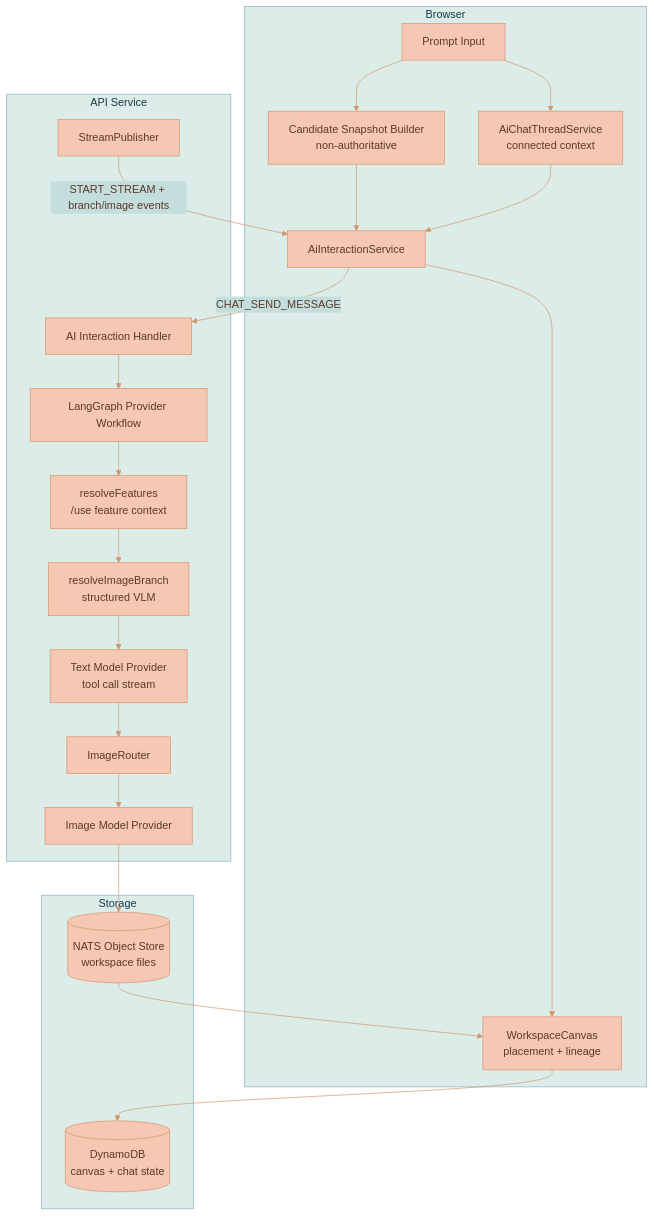
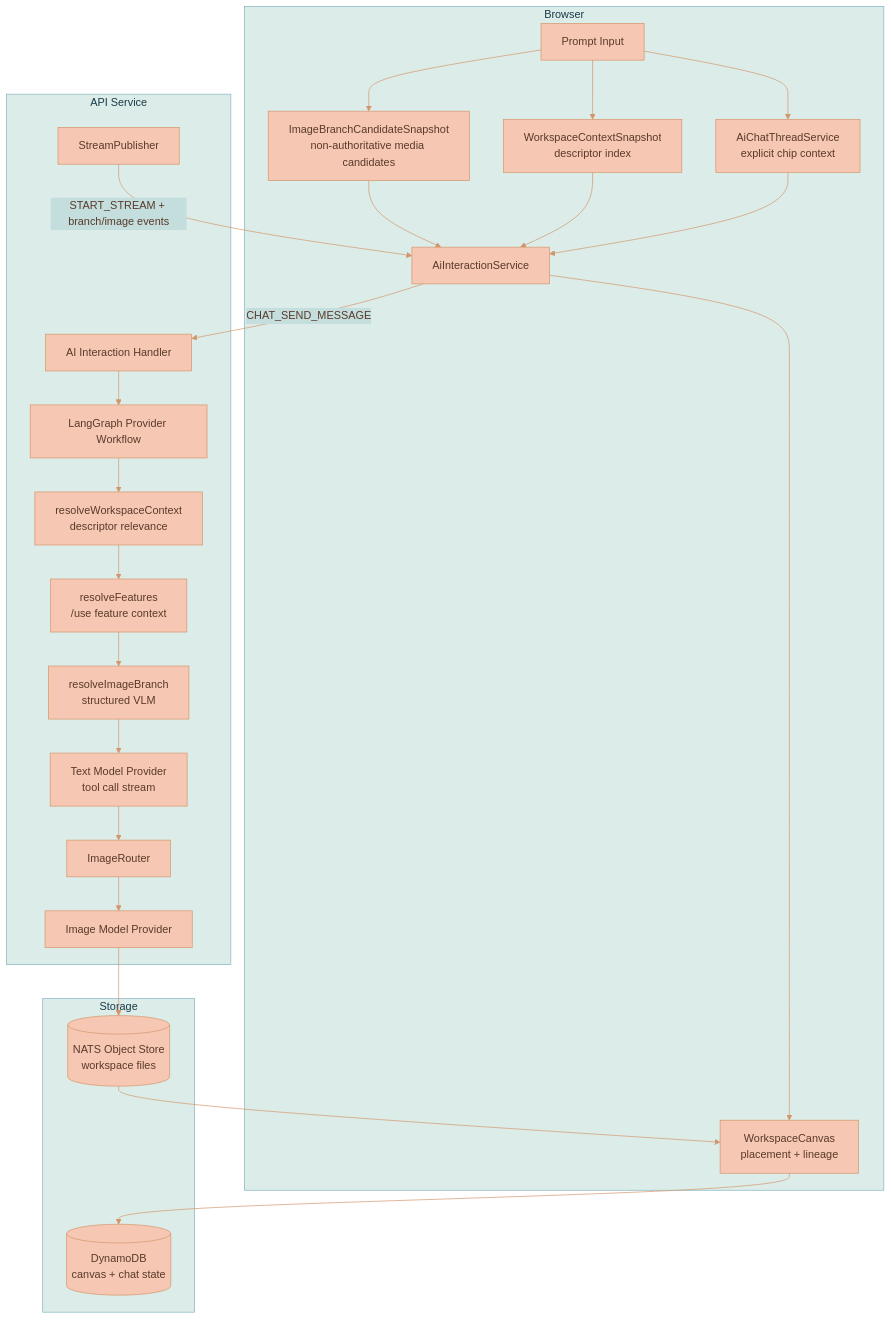
Before and after one commit to Lixpi/lixpi: the first of 3 diagrams in documentation/features/IMAGE-BRANCH-LINEAGE.md, drawn with Mermaid. The commit also changed other lines of this file and 36 other files, not shown here.

````diff
--- a/documentation/features/IMAGE-BRANCH-LINEAGE.md
+++ b/documentation/features/IMAGE-BRANCH-LINEAGE.md
@@ -54,44 +59,49 @@
 ```mermaid
 %%{init: {'theme': 'base', 'themeVariables': { 'primaryColor': '#F6C7B3', 'primaryTextColor': '#5a3a2a', 'primaryBorderColor': '#d4956a', 'secondaryColor': '#C3DEDD', 'secondaryTextColor': '#1a3a47', 'secondaryBorderColor': '#4a8a9d', 'tertiaryColor': '#DCECE9', 'tertiaryTextColor': '#1a3a47', 'tertiaryBorderColor': '#82B2C0', 'lineColor': '#d4956a', 'textColor': '#5a3a2a'}}}%%
 flowchart TB
     subgraph Browser["Browser"]
         Prompt[Prompt Input]
-        Snapshot[Candidate Snapshot Builder<br/>non-authoritative]
-        Context[AiChatThreadService<br/>connected context]
+        Snapshot[ImageBranchCandidateSnapshot<br/>non-authoritative media candidates]
+        WContext[WorkspaceContextSnapshot<br/>descriptor index]
+        Context[AiChatThreadService<br/>explicit chip context]
         AIS[AiInteractionService]
         Canvas[WorkspaceCanvas<br/>placement + lineage]
     end
 
     subgraph API["API Service"]
         Handler[AI Interaction Handler]
         Graph[LangGraph Provider Workflow]
+        Relevance[resolveWorkspaceContext<br/>descriptor relevance]
         Features[resolveFeatures<br/>/use feature context]
         Resolver[resolveImageBranch<br/>structured VLM]
         Provider[Text Model Provider<br/>tool call stream]
         Router[ImageRouter]
         ImageModel[Image Model Provider]
         Publisher[StreamPublisher]
     end
 
     subgraph Storage["Storage"]
         DDB[(DynamoDB<br/>canvas + chat state)]
         Obj[(NATS Object Store<br/>workspace files)]
     end
 
     Prompt --> Snapshot
+    Prompt --> WContext
     Prompt --> Context
     Snapshot --> AIS
+    WContext --> AIS
     Context --> AIS
     AIS -->|CHAT_SEND_MESSAGE| Handler
     Handler --> Graph
-    Graph --> Features
+    Graph --> Relevance
+    Relevance --> Features
     Features --> Resolver
     Resolver --> Provider
     Provider --> Router
     Router --> ImageModel
     ImageModel --> Obj
     Publisher -->|START_STREAM + branch/image events| AIS
     AIS --> Canvas
     Canvas --> DDB
     Obj --> Canvas
 ```
````
